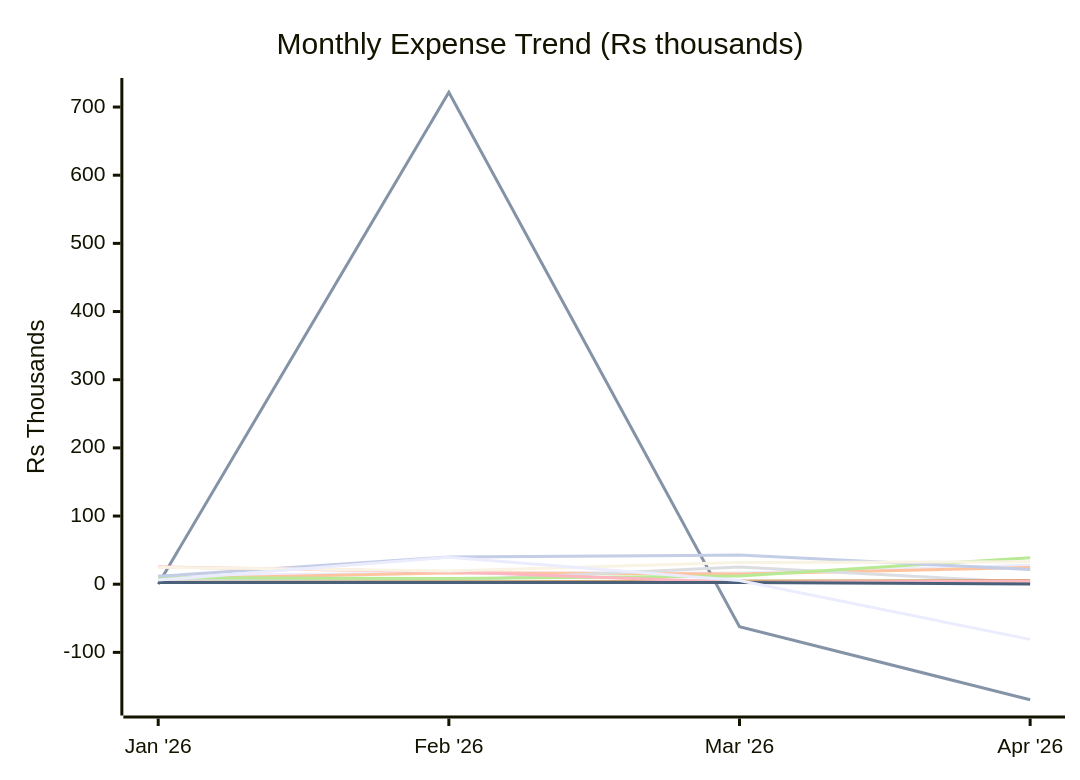
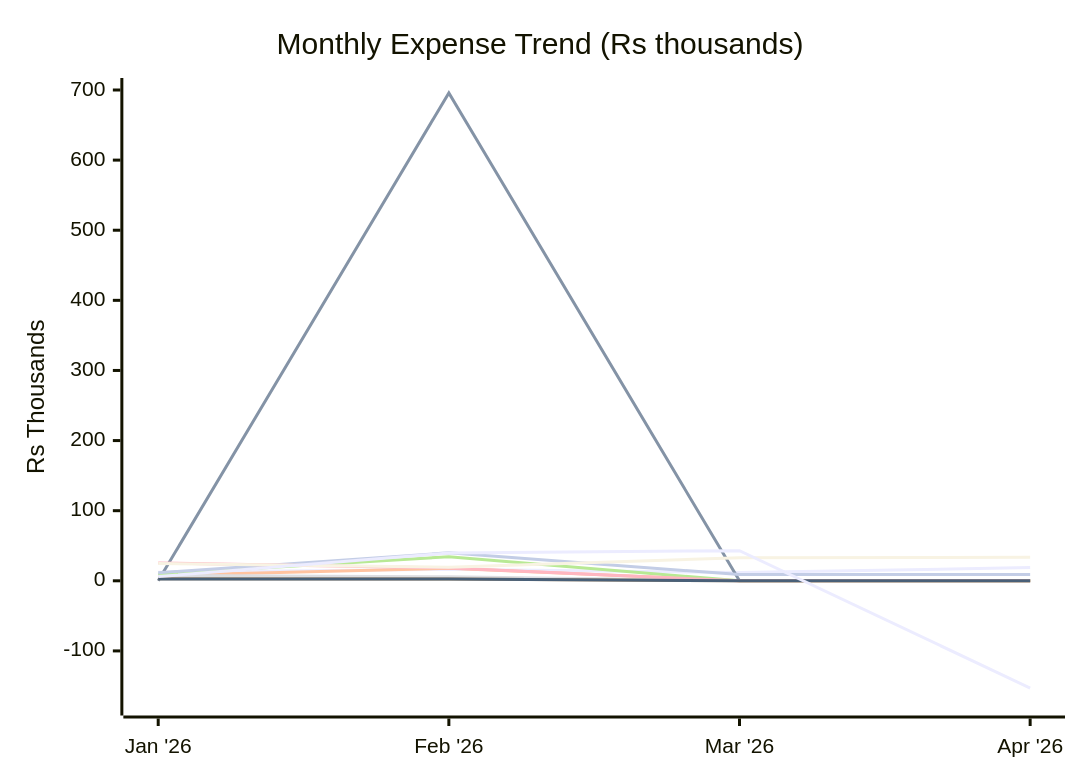
One commit to sachin-hg/expense-reporter changed the first of 2 diagrams in reports/2026-04.md. Above: the diagram before and after it, drawn with Mermaid. The commit also changed other lines of this file and 7 other files, not shown here.

````diff
--- a/reports/2026-04.md
+++ b/reports/2026-04.md
@@ -24,17 +24,17 @@
 ```mermaid
 xychart-beta
     title "Monthly Expense Trend (Rs thousands)"
     x-axis ["Jan '26", "Feb '26", "Mar '26", "Apr '26"]
-    y-axis "Rs Thousands" -175 --> 725
-    line "Travel" [12.1, 16.5, 16.3, 27.9]
-    line "Trip" [0.0, 721.7, -62.4, -169.5]
-    line "Shopping" [7.8, 16.7, 15.1, 24.4]
-    line "Baby" [7.7, 5.6, 25.3, 2.4]
-    line "Outside Food" [9.5, 8.4, 12.1, 38.9]
-    line "Grocery" [2.9, 3.7, 4.7, 5.3]
-    line "Utilities & Bills" [11.5, 39.9, 42.8, 21.7]
-    line "Health, Fitness & Self Care" [25.5, 18.4, 2.5, 4.4]
-    line "Upskill / AI" [2.6, 2.5, 2.6, 0.4]
-    line "Rohan" [24.8, 19.3, 32.0, 33.1]
-    line "Others" [6.0, 39.6, 5.4, -80.9]
+    y-axis "Rs Thousands" -175 --> 700
+    line "Travel" [12.1, 16.5, 11.7, 18.8]
+    line "Trip" [0.0, 695.8, 0.0, 0.0]
+    line "Shopping" [7.8, 17.8, 0.0, 0.0]
+    line "Baby" [7.7, 5.6, 0.0, 0.0]
+    line "Outside Food" [9.5, 34.3, 0.0, 0.0]
+    line "Grocery" [2.9, 2.6, 0.0, 0.0]
+    line "Utilities & Bills" [11.5, 39.9, 8.9, 8.9]
+    line "Health, Fitness & Self Care" [25.5, 18.4, 0.0, 0.0]
+    line "Upskill / AI" [2.6, 2.5, 0.0, 0.0]
+    line "Rohan" [24.8, 19.3, 33.0, 33.5]
+    line "Others" [6.0, 39.6, 43.0, -153.0]
 ```
````
